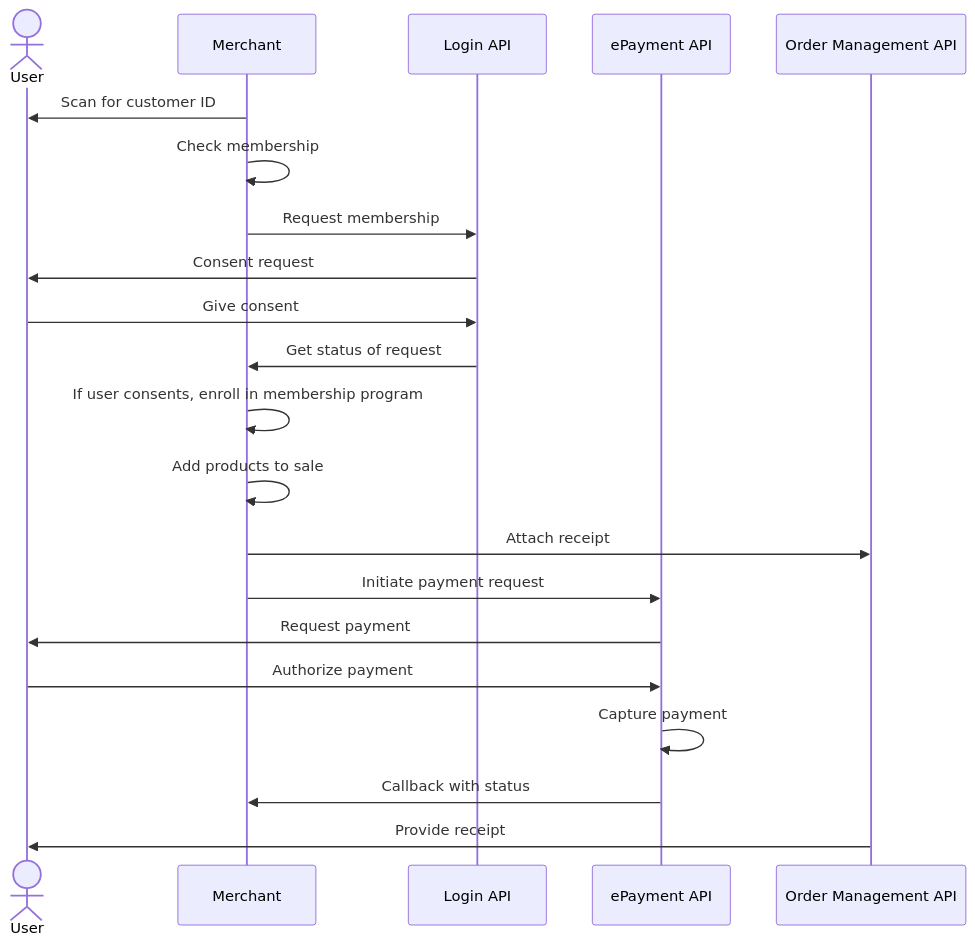
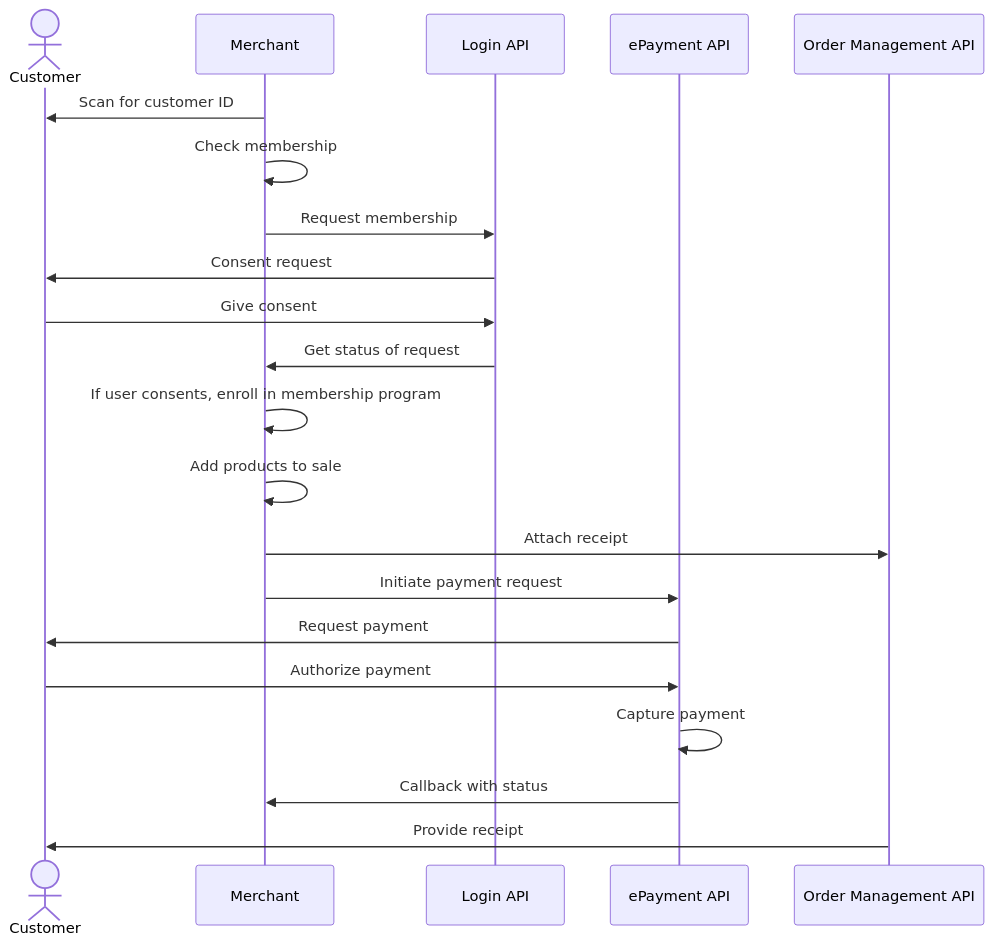
One commit to vippsas/vipps-solutions changed the diagram in loyalty-in-pos/README.md. Above: the diagram before and after it, drawn with Mermaid. The commit also changed 1 other file, not shown here.

Commit message:
Use Customer instead of User in sequence diagram

````diff
--- a/loyalty-in-pos/README.md
+++ b/loyalty-in-pos/README.md
@@ -156,23 +156,23 @@
 ``` mermaid
 sequenceDiagram
-    actor U as User
+    actor C as Customer
     participant M as Merchant
     participant login as Login API
     participant ePayment as ePayment API
     participant ordermanagement as Order Management API
-    M->>U: Scan for customer ID
+    M->>C: Scan for customer ID
     M->>M: Check membership
     M->>login: Request membership
-    login->>U: Consent request
-    U->>login: Give consent
+    login->>C: Consent request
+    C->>login: Give consent
     login->>M: Get status of request
     M->>M: If user consents, enroll in membership program
     M->>M: Add products to sale
     M->> ordermanagement: Attach receipt
     M->>ePayment: Initiate payment request
-    ePayment->>U: Request payment
-    U->>ePayment: Authorize payment
+    ePayment->>C: Request payment
+    C->>ePayment: Authorize payment
     ePayment->>ePayment: Capture payment
     ePayment->>M: Callback with status
-    ordermanagement->>U: Provide receipt
+    ordermanagement->>C: Provide receipt
 ```
````
